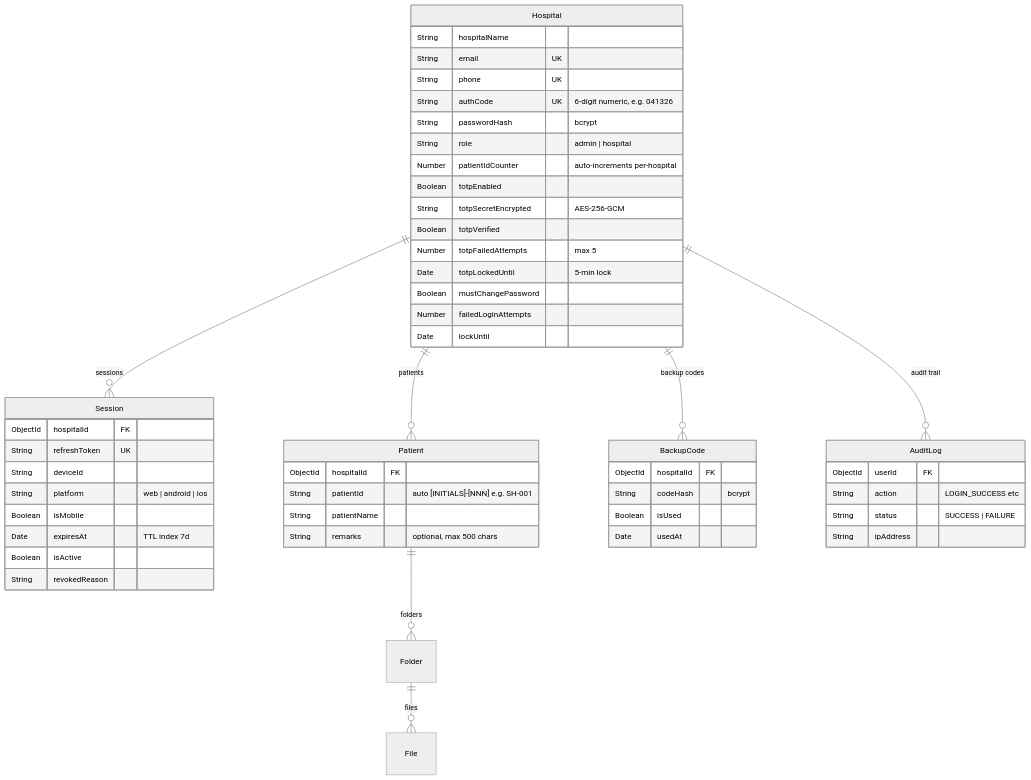
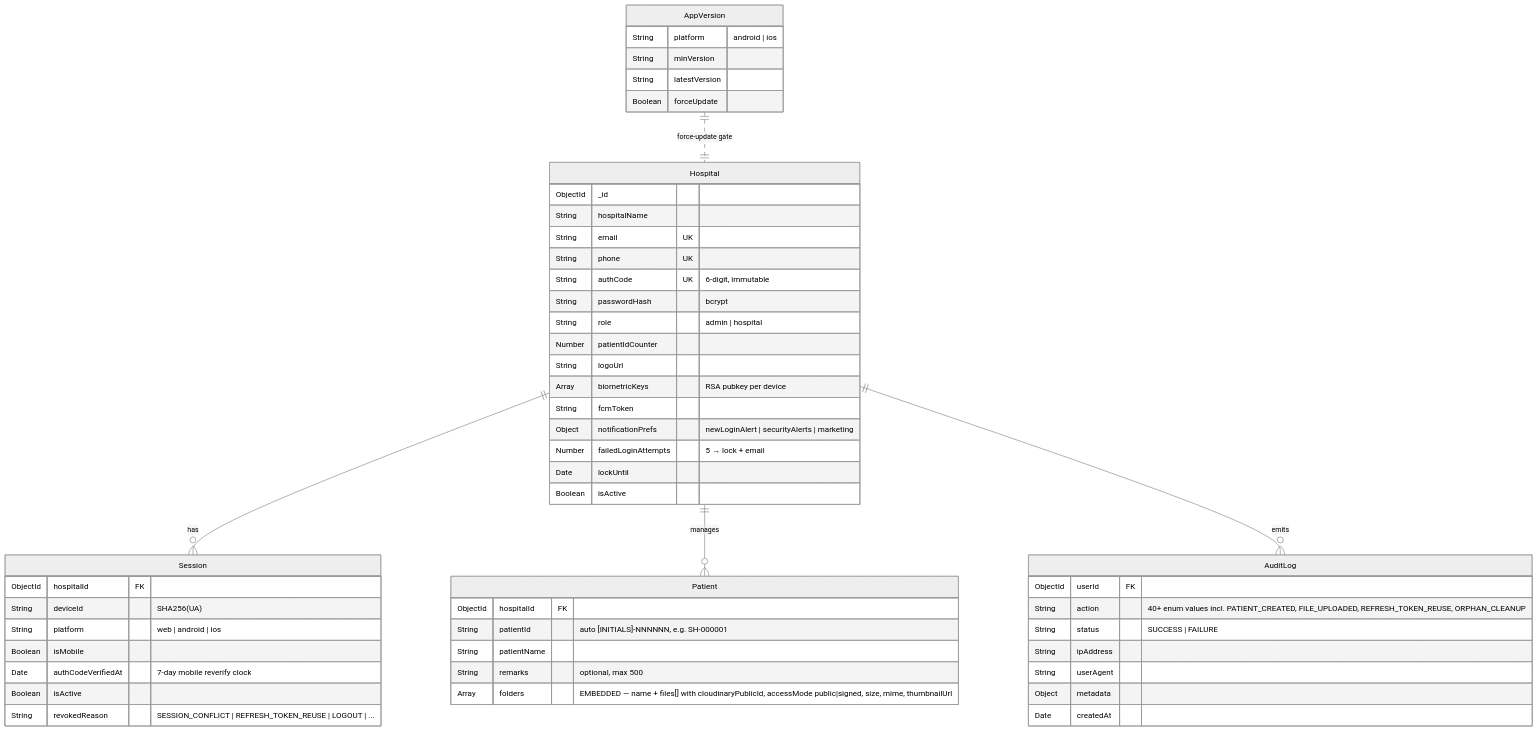
Before and after one commit to urvagandhi/Hospital-Management: the fourth of 5 diagrams in backend/README.md, drawn with Mermaid (neutral theme). The commit also changed other lines of this file and 5 other files, not shown here.

````diff
--- a/backend/README.md
+++ b/backend/README.md
@@ -245,59 +296,60 @@
 ```mermaid
 erDiagram
-    Hospital ||--o{ Session : "sessions"
-    Hospital ||--o{ Patient : "patients"
-    Hospital ||--o{ BackupCode : "backup codes"
-    Hospital ||--o{ AuditLog : "audit trail"
-    Patient ||--o{ Folder : "folders"
-    Folder ||--o{ File : "files"
+    Hospital ||--o{ Session : "has"
+    Hospital ||--o{ Patient : "manages"
+    Hospital ||--o{ AuditLog : "emits"
+    AppVersion ||..|| Hospital : "force-update gate"
 
     Hospital {
+        ObjectId _id
         String hospitalName
         String email UK
         String phone UK
-        String authCode UK "6-digit numeric, e.g. 041326"
+        String authCode UK "6-digit, immutable"
         String passwordHash "bcrypt"
         String role "admin | hospital"
-        Number patientIdCounter "auto-increments per-hospital"
-        Boolean totpEnabled
-        String totpSecretEncrypted "AES-256-GCM"
-        Boolean totpVerified
-        Number totpFailedAttempts "max 5"
-        Date totpLockedUntil "5-min lock"
-        Boolean mustChangePassword
-        Number failedLoginAttempts
-        Date lockUntil
+        Number patientIdCounter
+        String logoUrl
+        Array  biometricKeys "RSA pubkey per device"
+        String fcmToken
+        Object notificationPrefs "newLoginAlert | securityAlerts | marketing"
+        Number failedLoginAttempts "5 → lock + email"
+        Date   lockUntil
+        Boolean isActive
     }
 
     Session {
         ObjectId hospitalId FK
-        String refreshToken UK
-        String deviceId
-        String platform "web | android | ios"
-        Boolean isMobile
-        Date expiresAt "TTL index 7d"
-        Boolean isActive
-        String revokedReason
+        String   deviceId "SHA256(UA)"
+        String   platform "web | android | ios"
+        Boolean  isMobile
+        Date     authCodeVerifiedAt "7-day mobile reverify clock"
+        Boolean  isActive
+        String   revokedReason "SESSION_CONFLICT | REFRESH_TOKEN_REUSE | LOGOUT | ..."
     }
 
     Patient {
         ObjectId hospitalId FK
-        String patientId "auto [INITIALS]-[NNN] e.g. SH-001"
-        String patientName
-        String remarks "optional, max 500 chars"
-    }
-
-    BackupCode {
-        ObjectId hospitalId FK
-        String codeHash "bcrypt"
-        Boolean isUsed
-        Date usedAt
+        String   patientId "auto [INITIALS]-NNNNNN, e.g. SH-000001"
+        String   patientName
+        String   remarks "optional, max 500"
+        Array    folders "EMBEDDED — name + files[] with cloudinaryPublicId, accessMode public|signed, size, mime, thumbnailUrl"
     }
 
     AuditLog {
         ObjectId userId FK
-        String action "LOGIN_SUCCESS etc"
-        String status "SUCCESS | FAILURE"
-        String ipAddress
+        String   action "40+ enum values incl. PATIENT_CREATED, FILE_UPLOADED, REFRESH_TOKEN_REUSE, ORPHAN_CLEANUP"
+        String   status "SUCCESS | FAILURE"
+        String   ipAddress
+        String   userAgent
+        Object   metadata
+        Date     createdAt
+    }
+
+    AppVersion {
+        String  platform "android | ios"
+        String  minVersion
+        String  latestVersion
+        Boolean forceUpdate
     }
 ```
````
